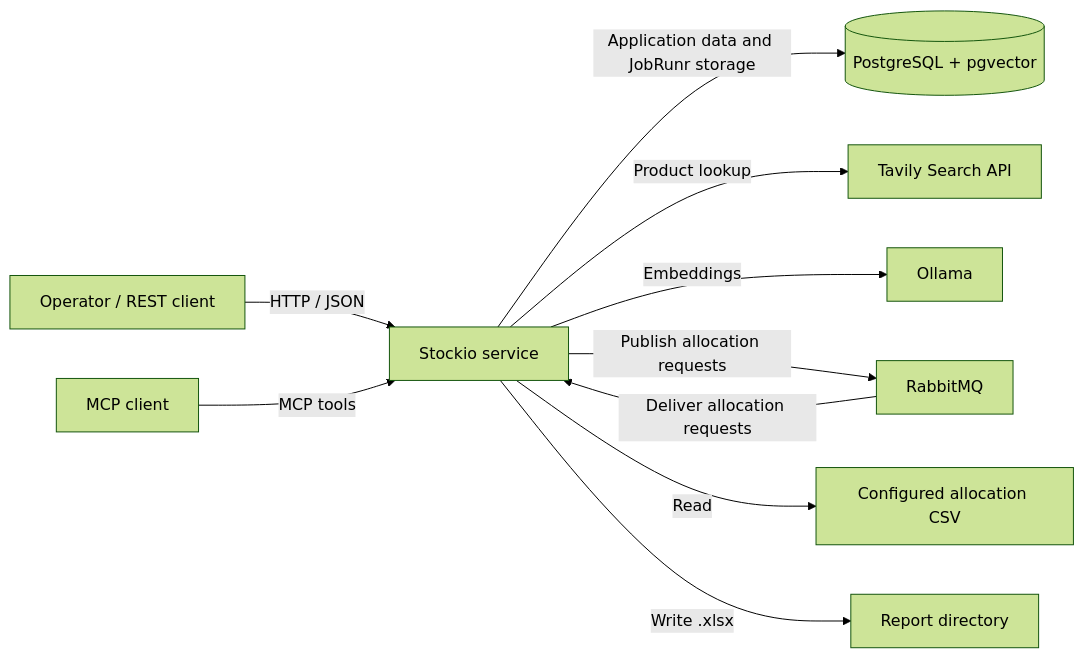
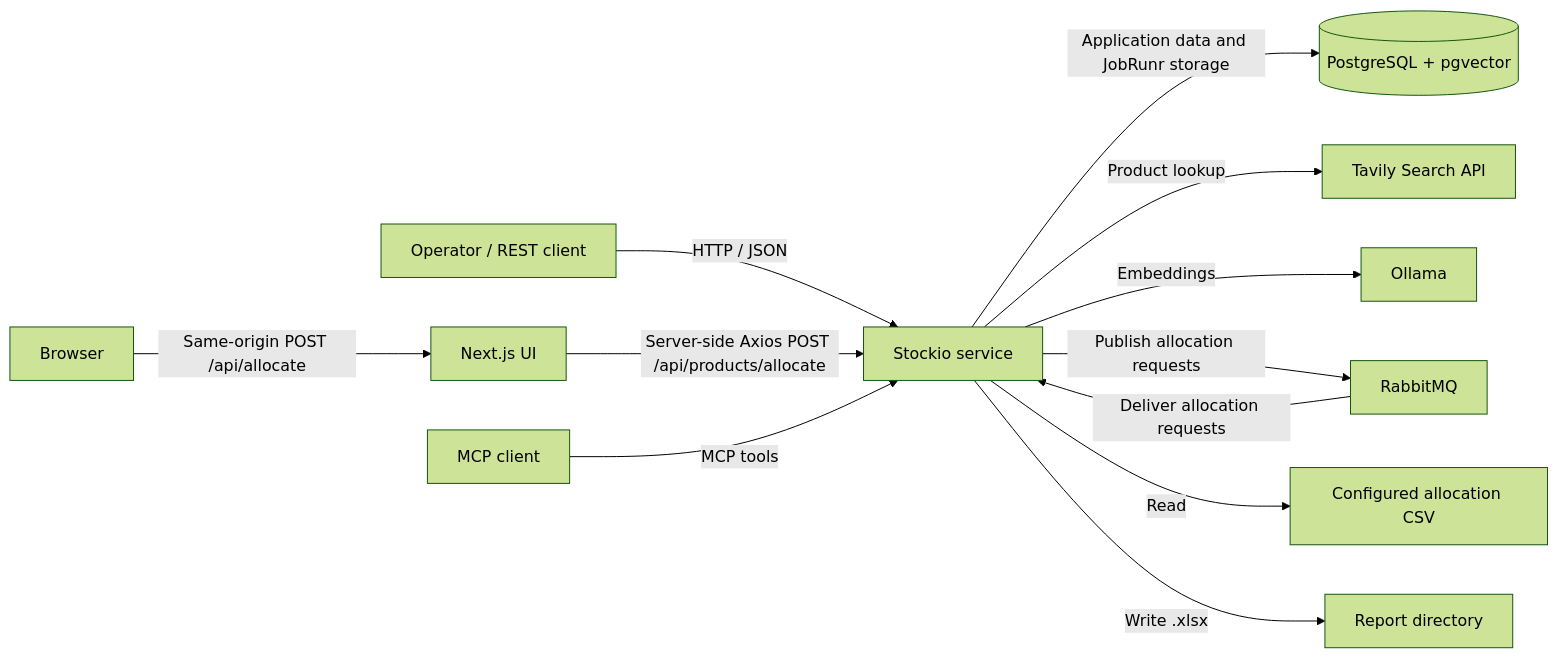
Before and after one commit to vriesjo/stockio: the first of 15 diagrams in .github/memory/architecture.md, drawn with Mermaid (forest theme). The commit also changed other lines of this file and 30 other files, not shown here.

````diff
--- a/.github/memory/architecture.md
+++ b/.github/memory/architecture.md
@@ -45,12 +45,14 @@
 ```mermaid
 flowchart LR
     Operator["Operator / REST client"] -->|"HTTP / JSON"| API["Stockio service"]
+    Browser["Browser"] -->|"Same-origin POST /api/allocate"| UI["Next.js UI"]
+    UI -->|"Server-side Axios POST /api/products/allocate"| API
     Agent["MCP client"] -->|"MCP tools"| API
     API -->|"Application data and JobRunr storage"| DB[("PostgreSQL + pgvector")]
     API -->|"Product lookup"| Tavily["Tavily Search API"]
     API -->|"Embeddings"| Ollama["Ollama"]
     API -->|"Publish allocation requests"| Rabbit["RabbitMQ"]
     Rabbit -->|"Deliver allocation requests"| API
     API -->|"Read"| CSV["Configured allocation CSV"]
     API -->|"Write .xlsx"| Reports["Report directory"]
 ```
````
